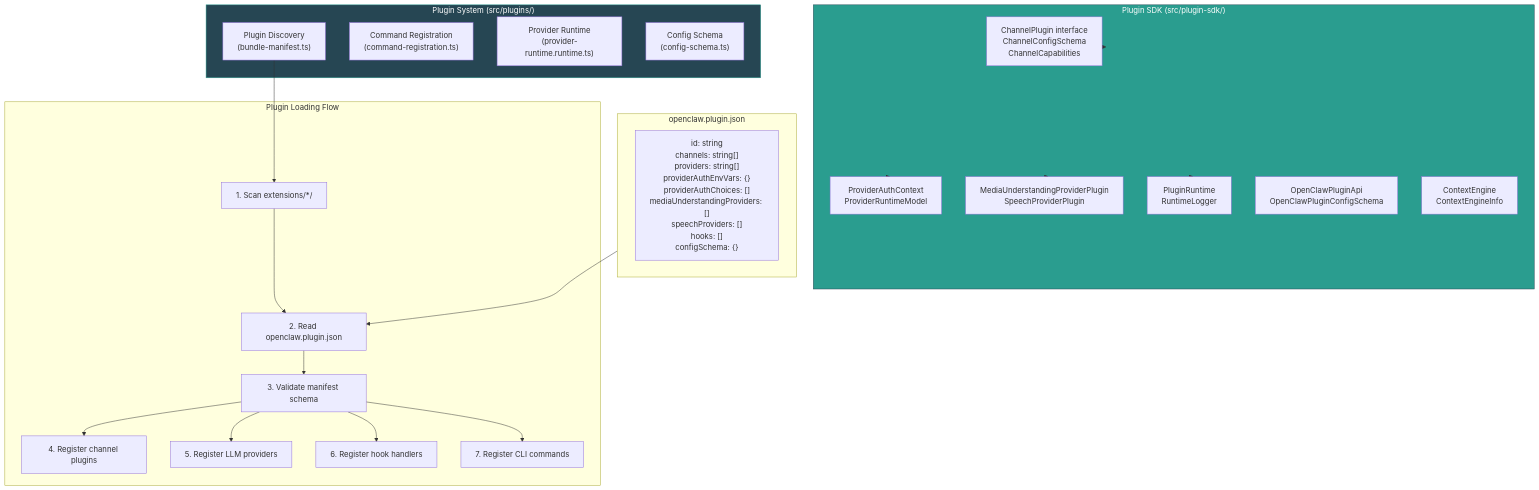
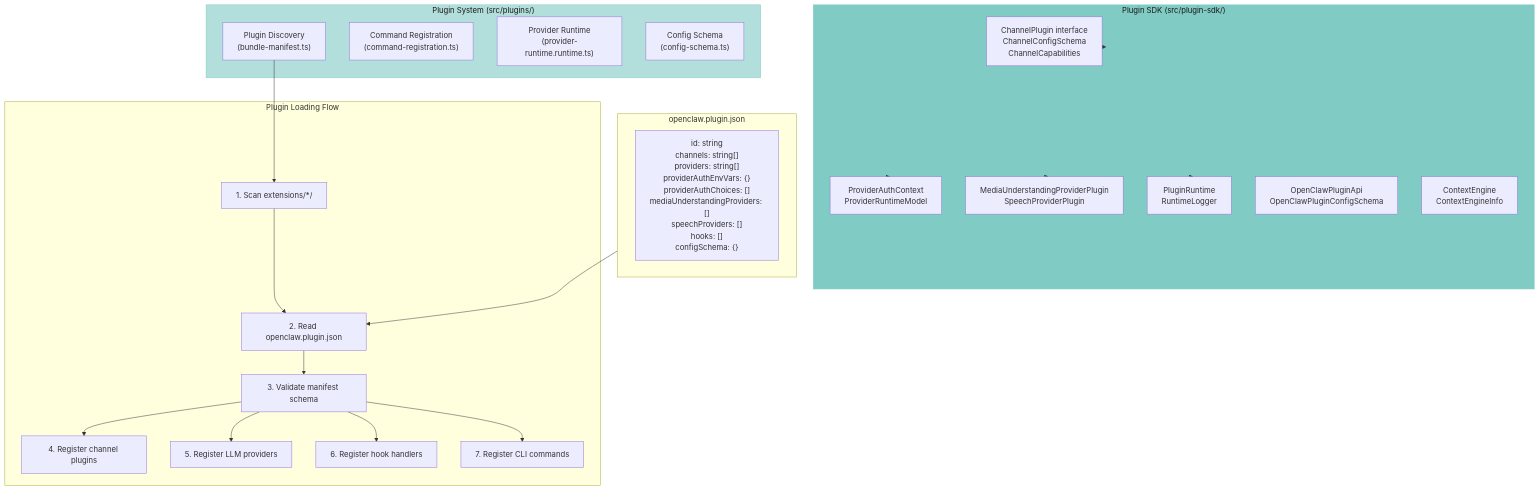
Before and after one commit to lordaouy/openclaw: diagram 22 of 44 in docs/reference/technical-architecture-report.md, drawn with Mermaid. The commit also changed other lines of this file, not shown here.

First line of the commit message:
docs: replace dark Mermaid diagram colors with light readable palette

````diff
--- a/docs/reference/technical-architecture-report.md
+++ b/docs/reference/technical-architecture-report.md
@@ -1312,40 +1312,40 @@
 ```mermaid
 graph TB
     subgraph PluginSystem["Plugin System (src/plugins/)"]
         Discovery["Plugin Discovery\n(bundle-manifest.ts)"]
         Registration["Command Registration\n(command-registration.ts)"]
         ProviderRT["Provider Runtime\n(provider-runtime.runtime.ts)"]
         ConfigSchema["Config Schema\n(config-schema.ts)"]
     end
     
     subgraph PluginManifest["openclaw.plugin.json"]
         ManifestFields["id: string\nchannels: string[]\nproviders: string[]\nproviderAuthEnvVars: {}\nproviderAuthChoices: []\nmediaUnderstandingProviders: []\nspeechProviders: []\nhooks: []\nconfigSchema: {}"]
     end
     
     subgraph PluginSDK["Plugin SDK (src/plugin-sdk/)"]
         ChannelTypes["ChannelPlugin interface\nChannelConfigSchema\nChannelCapabilities"]
         ProviderTypes["ProviderAuthContext\nProviderRuntimeModel"]
         MediaTypes["MediaUnderstandingProviderPlugin\nSpeechProviderPlugin"]
         RuntimeTypes["PluginRuntime\nRuntimeLogger"]
         ConfigTypes["OpenClawPluginApi\nOpenClawPluginConfigSchema"]
         ContextTypes["ContextEngine\nContextEngineInfo"]
     end
     
     subgraph LoadFlow["Plugin Loading Flow"]
         ScanDirs["1. Scan extensions/*/"]
         ReadManifest["2. Read openclaw.plugin.json"]
         ValidateSchema["3. Validate manifest schema"]
         RegisterChannels["4. Register channel plugins"]
         RegisterProviders["5. Register LLM providers"]
         RegisterHooks["6. Register hook handlers"]
         RegisterCommands["7. Register CLI commands"]
     end
     
     Discovery --> ScanDirs --> ReadManifest --> ValidateSchema
     ValidateSchema --> RegisterChannels & RegisterProviders & RegisterHooks & RegisterCommands
     PluginManifest --> ReadManifest
     PluginSDK --> ChannelTypes & ProviderTypes & MediaTypes & RuntimeTypes
 
-    style PluginSystem fill:#264653,stroke:#2a9d8f,color:white
-    style PluginSDK fill:#2a9d8f,stroke:#264653,color:white
+    style PluginSystem fill:#b2dfdb,stroke:#80cbc4,color:#1a1a1a
+    style PluginSDK fill:#80cbc4,stroke:#80cbc4,color:#1a1a1a
 ```
````
